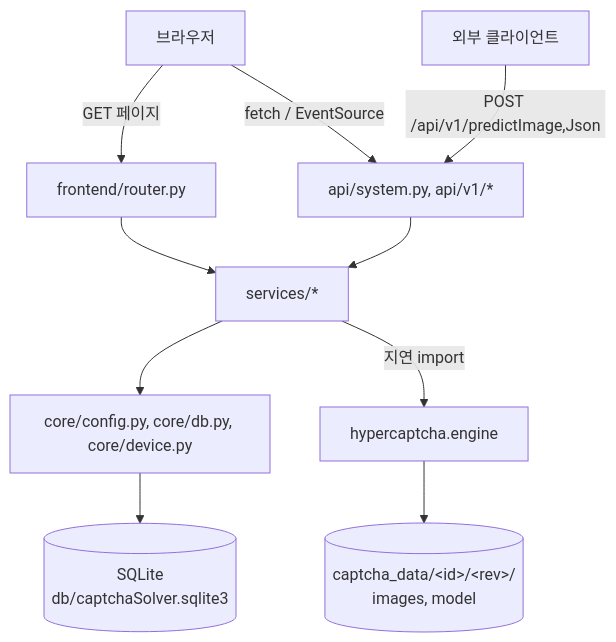
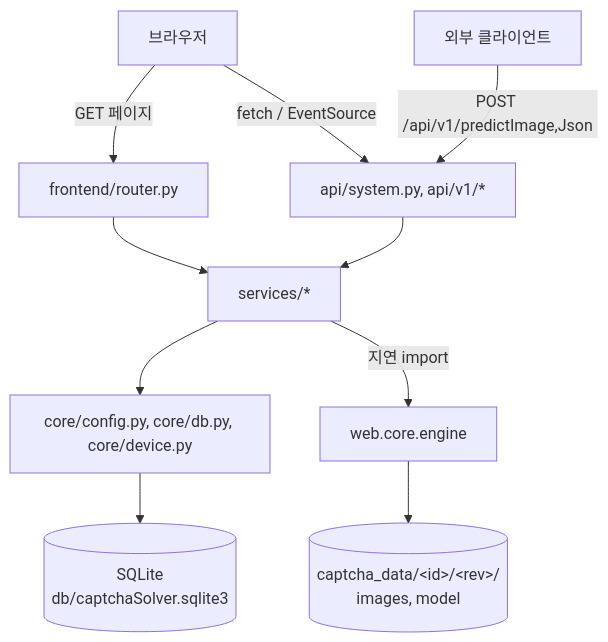
The first of 3 diagrams in docs/web-architecture.md (itsocool/captcha-solver), drawn with Mermaid before and after one commit. The commit also changed other lines of this file and 2163 other files, not shown here.

````diff
--- a/docs/web-architecture.md
+++ b/docs/web-architecture.md
@@ -46,15 +48,15 @@
 ```mermaid
 graph TD
     Browser[브라우저] -->|GET 페이지| Frontend[frontend/router.py]
     Browser -->|fetch / EventSource| API[api/system.py, api/v1/*]
     Client[외부 클라이언트] -->|POST /api/v1/predictImage,Json| API
 
     Frontend --> Services[services/*]
     API --> Services
 
     Services --> Core[core/config.py, core/db.py, core/device.py]
-    Services -->|지연 import| Engine[hypercaptcha.engine]
+    Services -->|지연 import| Engine[web.core.engine]
 
     Core --> SQLite[(SQLite<br/>db/captchaSolver.sqlite3)]
     Engine --> Disk[(captcha_data/&lt;id&gt;/&lt;rev&gt;/<br/>images, model)]
 ```
````
